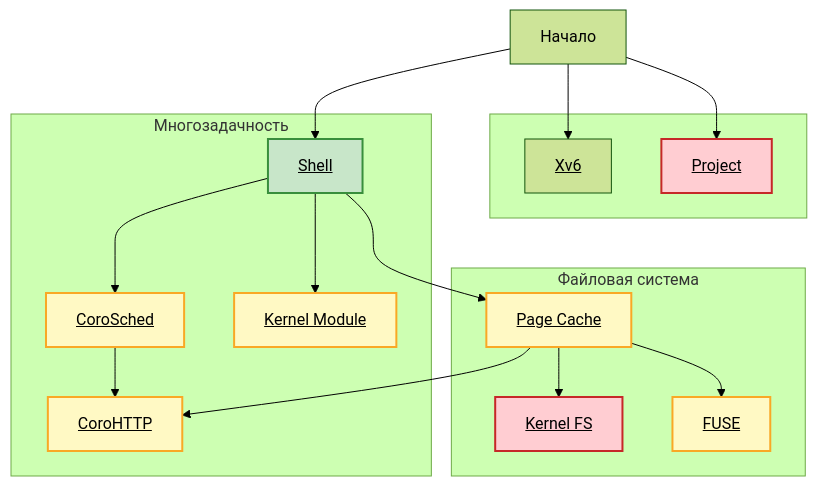
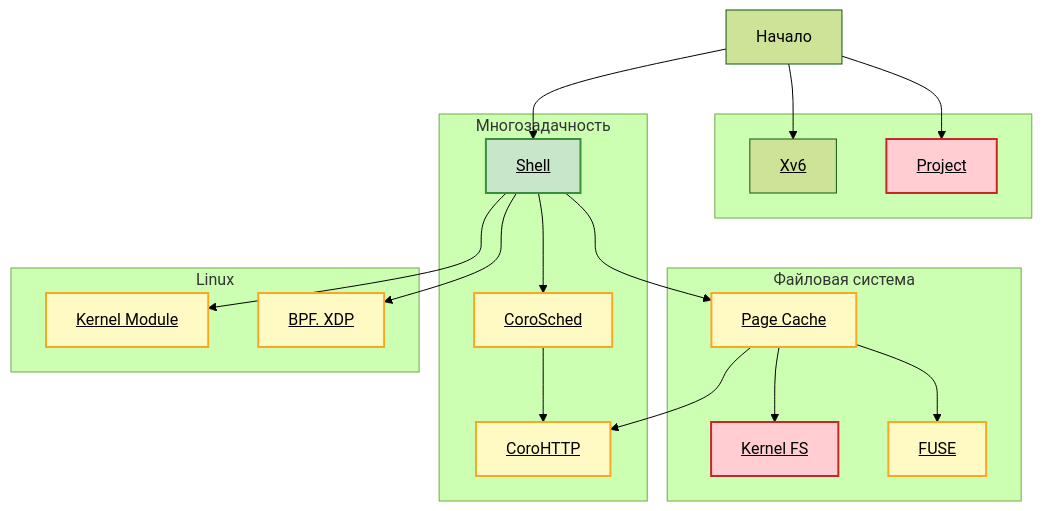
Before and after one commit to secs-dev/os-course: the diagram in README.md, drawn with Mermaid (forest theme). The commit also changed 1 other file, not shown here.

Commit message:
Add bpf xdp lab

````diff
--- a/README.md
+++ b/README.md
@@ -23,50 +23,53 @@
 ```mermaid
 graph TD
     start["Начало"]
 
     subgraph other [" "]
         xv6["<a href='https://github.com/secs-dev/xv6-riscv' style='color:black;'>Xv6</a>"]
         project["<a href='https://github.com/secs-dev/os-course/blob/main/lab/project/README.md' style='color:black;'>Project</a>"]
     end
 
     subgraph fs ["Файловая система"]
         vtpc["<a href='https://github.com/secs-dev/os-course/blob/main/lab/vtpc/README.md' style='color:black;'>Page Cache</a>"]
         vtfs["<a href='https://github.com/secs-dev/os-course/blob/main/lab/vtfs/README.md' style='color:black;'>Kernel FS</a>"]
         fuse["<a href='https://github.com/secs-dev/os-course/blob/main/lab/fuse/README.md' style='color:black;'>FUSE</a>"]
     end
 
     subgraph mp ["Многозадачность"]
         vtsh["<a href='https://github.com/secs-dev/os-course/blob/main/lab/vtsh/README.md' style='color:black;'>Shell</a>"]
         corosched["<a href='https://github.com/secs-dev/os-course/blob/main/lab/corosched/README.md' style='color:black;'>CoroSched</a>"]
         corohttp["<a href='https://github.com/secs-dev/os-course/blob/main/lab/corohttp/README.md' style='color:black;'>CoroHTTP</a>"]
     end
 
-    subgraph mp ["Linux"]
+    subgraph linux ["Linux"]
         vtkm["<a href='https://github.com/secs-dev/os-course/blob/main/lab/vtkm/README.md' style='color:black;'>Kernel Module</a>"]
+        bpf_xdp["<a href='https://github.com/secs-dev/os-course/blob/main/lab/bpf-xdp/README.md' style='color:black;'>BPF. XDP</a>"]
     end
 
     start --> xv6
     start --> project
     start --> vtsh
     vtsh --> vtpc
     vtsh --> vtkm
     vtpc --> vtfs
     vtpc --> fuse
     vtsh --> corosched
     vtpc --> corohttp
     corosched --> corohttp
+    vtsh --> bpf_xdp
 
     classDef free fill:#eceff1,stroke:#607d8b,stroke-width:2px,color:#37474f
     classDef easy fill:#c8e6c9,stroke:#388e3c,stroke-width:2px,color:#1b5e20
     classDef medium fill:#fff9c4,stroke:#f9a825,stroke-width:2px,color:#f57f17
     classDef hard fill:#ffcdd2,stroke:#c62828,stroke-width:2px,color:#b71c1c
 
     class project hard
     class vtsh easy
     class vtpc medium
     class vtkm medium
     class vtfs hard
     class fuse medium
     class corosched medium
     class corohttp medium
+    class bpf_xdp medium
 ```
````
